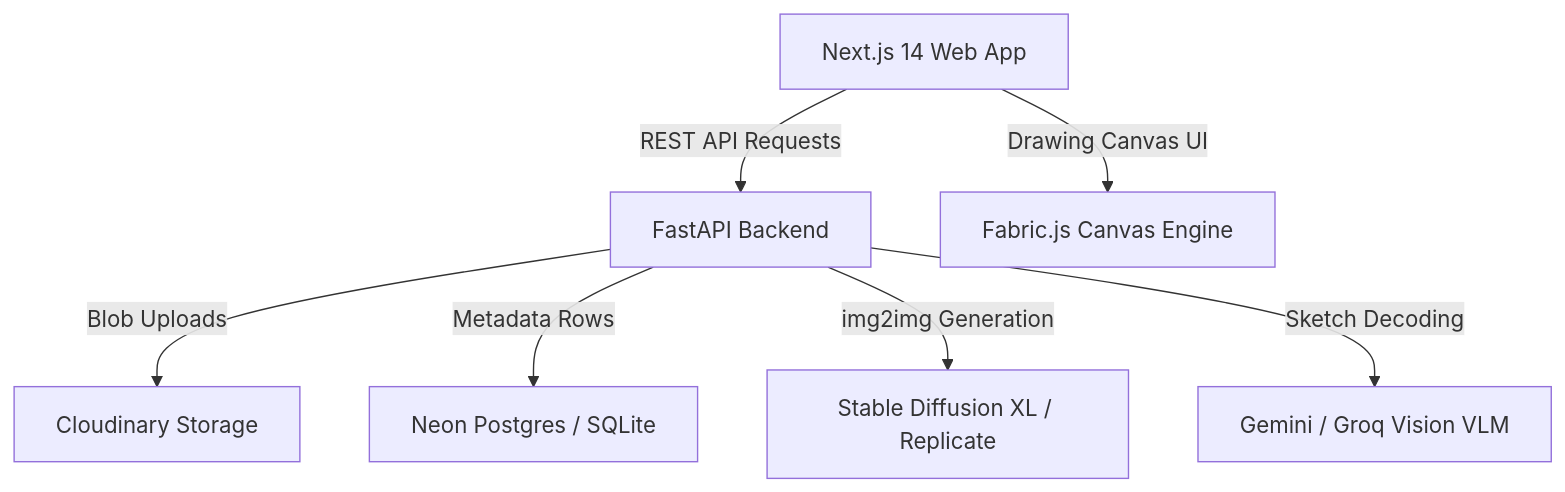
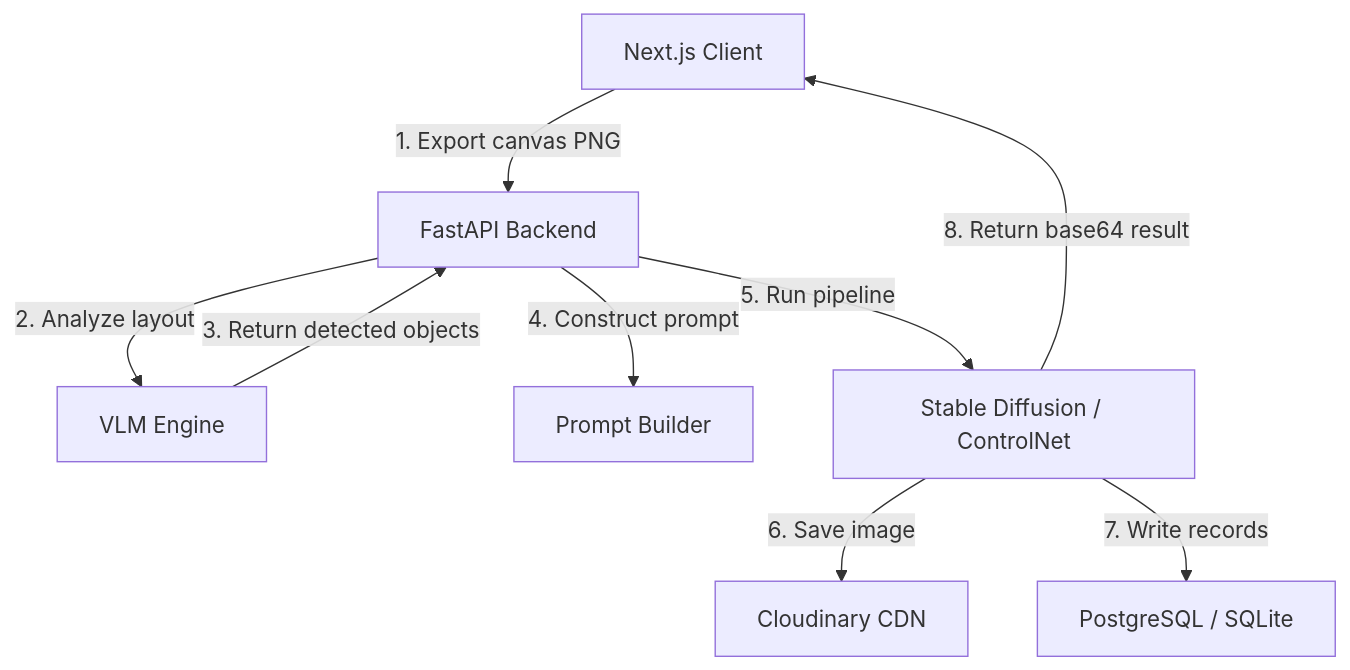
One commit to sasindu345/smart-ai-painter changed the diagram in README.md. Above: the diagram before and after it, drawn with Mermaid. The commit also changed other lines of this file, not shown here.

````diff
--- a/README.md
+++ b/README.md
@@ -27,9 +46,11 @@
 ```mermaid
 graph TD
-    A[Next.js 14 Web App] -->|REST API Requests| B[FastAPI Backend]
-    A -->|Drawing Canvas UI| C[Fabric.js Canvas Engine]
-    B -->|Blob Uploads| D[Cloudinary Storage]
-    B -->|Metadata Rows| E[Neon Postgres / SQLite]
-    B -->|img2img Generation| F[Stable Diffusion XL / Replicate]
-    B -->|Sketch Decoding| G[Gemini / Groq Vision VLM]
+    A[Next.js Client] -->|1. Export canvas PNG| B[FastAPI Backend]
+    B -->|2. Analyze layout| C[VLM Engine]
+    C -->|3. Return detected objects| B
+    B -->|4. Construct prompt| D[Prompt Builder]
+    B -->|5. Run pipeline| E[Stable Diffusion / ControlNet]
+    E -->|6. Save image| F[Cloudinary CDN]
+    E -->|7. Write records| G[PostgreSQL / SQLite]
+    E -->|8. Return base64 result| A
 ```
````
